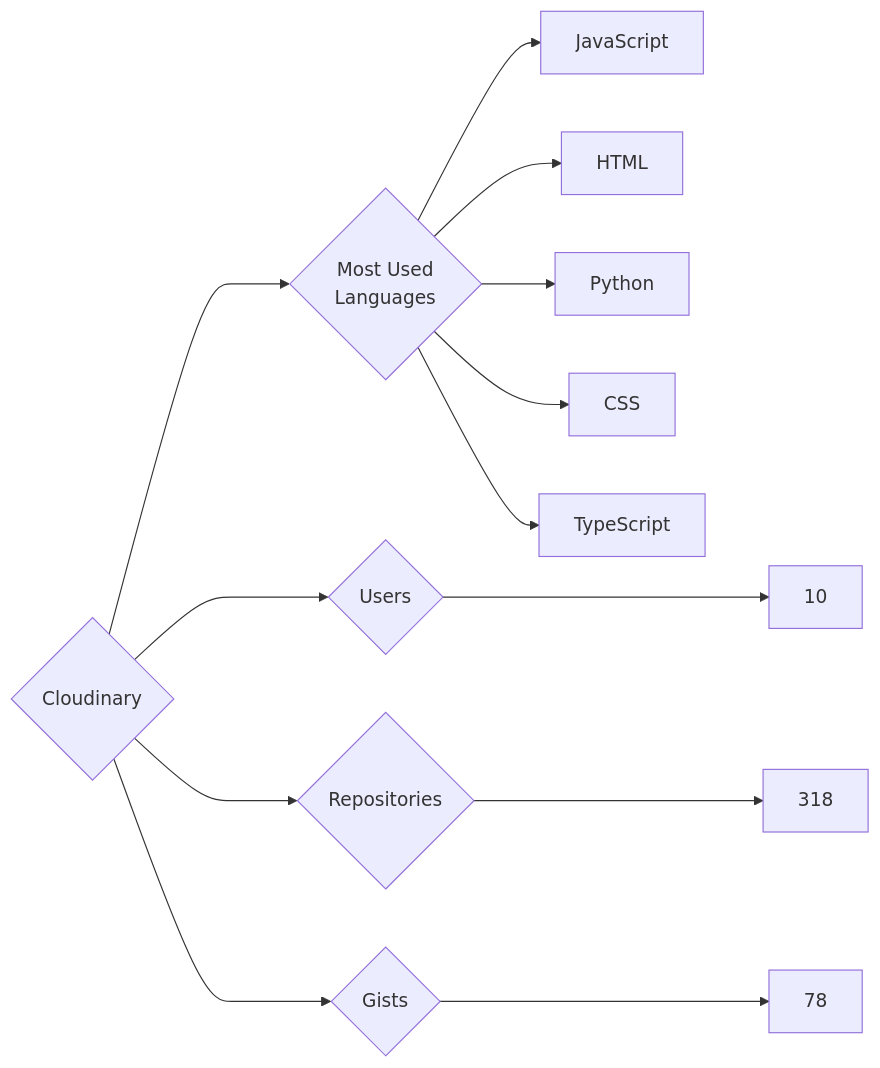
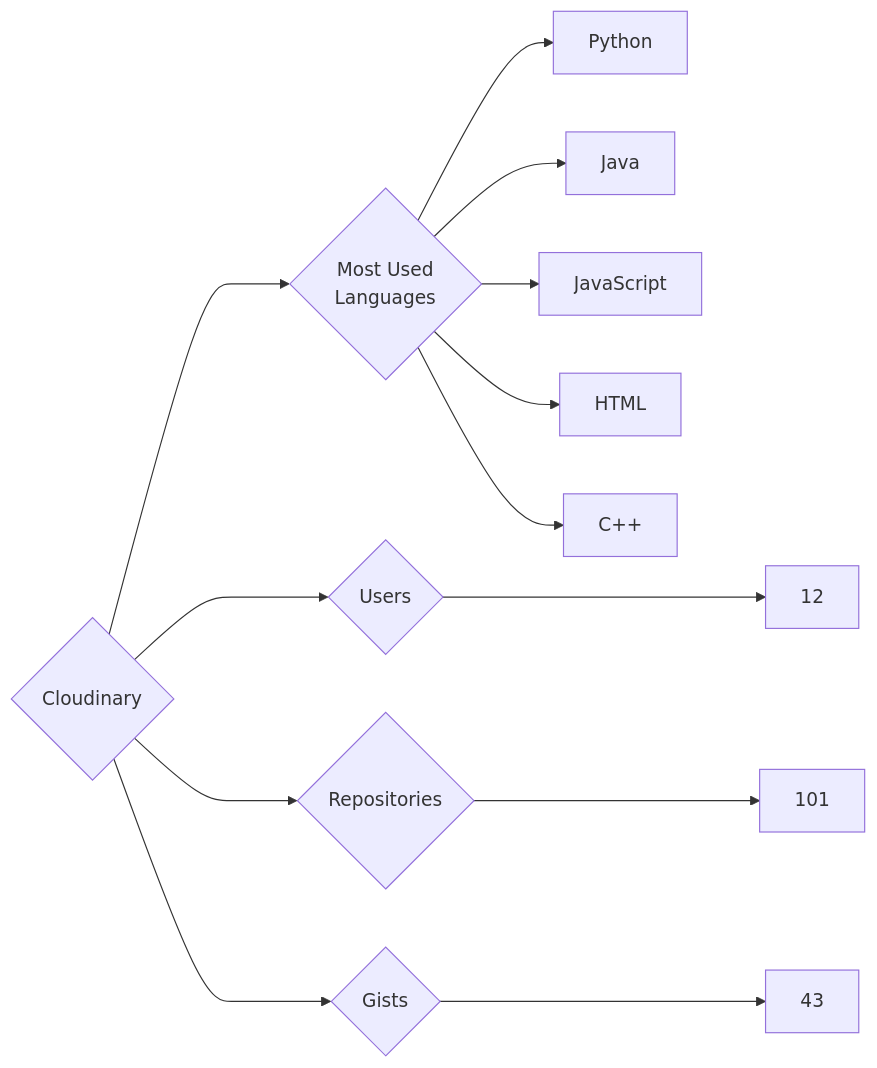
The diagram in targets/Cloudinary/README.md (trickest/insiders), drawn with Mermaid before and after one commit. The commit also changed 724 other files, not shown here.

````diff
--- a/targets/Cloudinary/README.md
+++ b/targets/Cloudinary/README.md
@@ -3,13 +3,13 @@
 ```mermaid
 graph LR
 COMPANY_NAME{Cloudinary}
-COMPANY_NAME ---> U{Users} ---> UN[10]
-COMPANY_NAME ---> R{Repositories} ---> RN[318]
-COMPANY_NAME ---> G{Gists} ---> GN[78]
+COMPANY_NAME ---> U{Users} ---> UN[12]
+COMPANY_NAME ---> R{Repositories} ---> RN[101]
+COMPANY_NAME ---> G{Gists} ---> GN[43]
 COMPANY_NAME ---> ML{Most Used<br>Languages}
+ML --> Python[Python]
+ML --> Java[Java]
 ML --> JavaScript[JavaScript]
 ML --> HTML[HTML]
-ML --> Python[Python]
-ML --> CSS[CSS]
-ML --> TypeScript[TypeScript]
+ML --> C++[C++]
 ```
````
